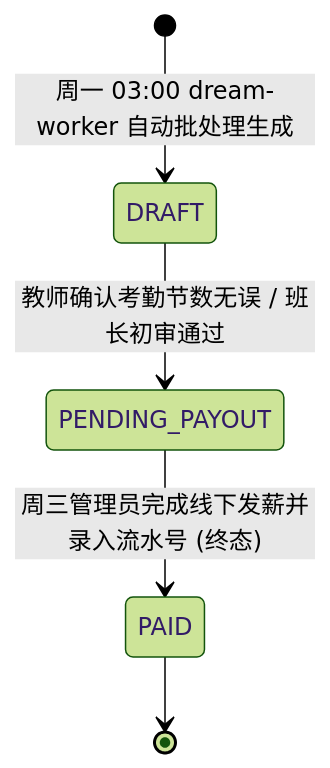
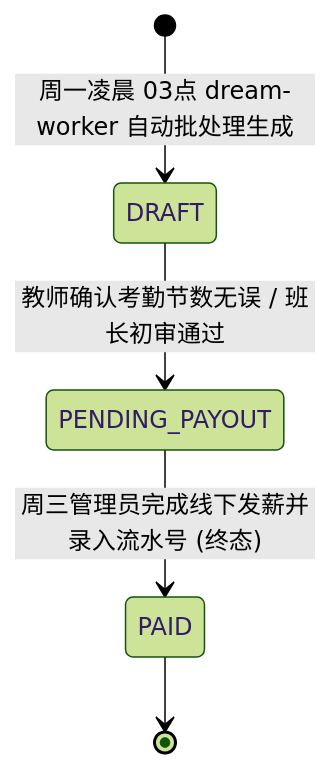
The first of 4 diagrams in docs/prd/m5b_weekly_settlement.md (Onezao/dream), drawn with Mermaid (forest theme) before and after one commit. The commit also changed other lines of this file and 9 other files, not shown here.

Commit message:
docs: decouple schedule fulfillment from financial settlement, fix mermaid charts, and complete m3b state machines

````diff
--- a/docs/prd/m5b_weekly_settlement.md
+++ b/docs/prd/m5b_weekly_settlement.md
@@ -113,7 +113,7 @@
 ```mermaid
 stateDiagram-v2
-    [*] --> DRAFT: 周一 03:00 dream-worker 自动批处理生成
+    [*] --> DRAFT: 周一凌晨 03点 dream-worker 自动批处理生成
     DRAFT --> PENDING_PAYOUT: 教师确认考勤节数无误 / 班长初审通过
     PENDING_PAYOUT --> PAID: 周三管理员完成线下发薪并录入流水号 (终态)
     PAID --> [*]
 ```
````
